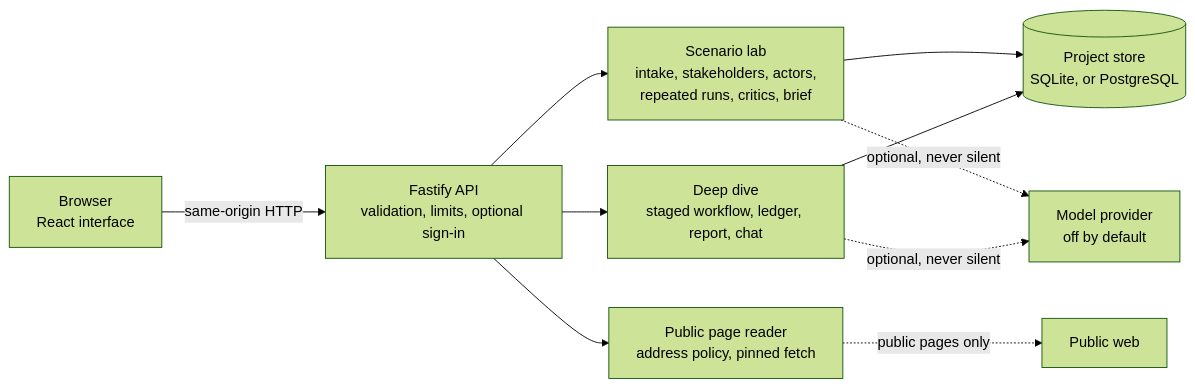
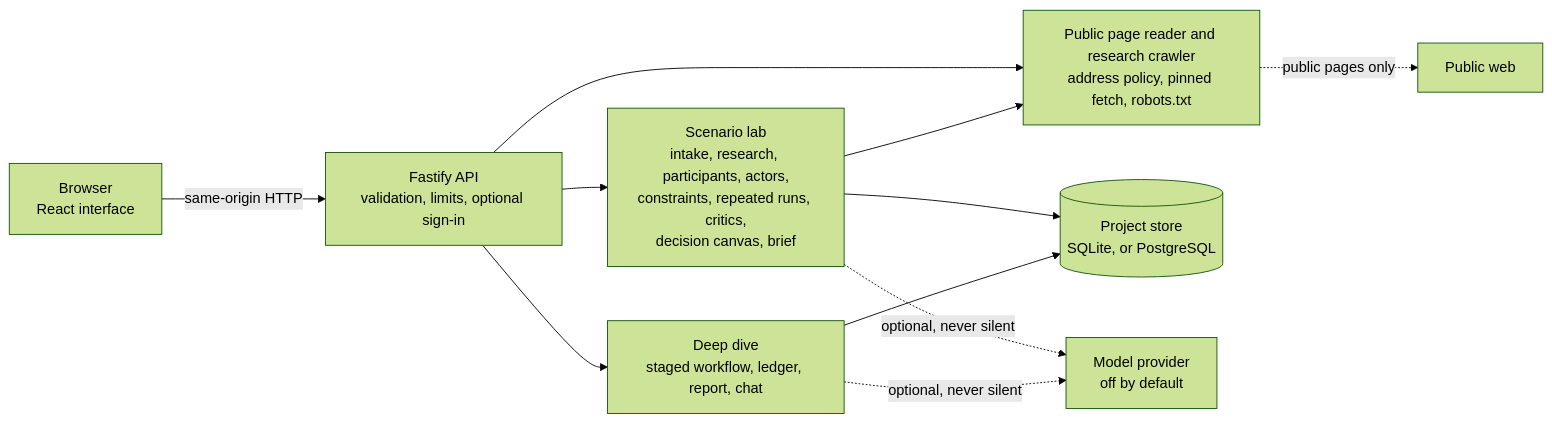
One commit to snowjug/Swarm changed the diagram in README.md. Above: the diagram before and after it, drawn with Mermaid (forest theme). The commit also changed other lines of this file and 1 other file, not shown here.

````diff
--- a/README.md
+++ b/README.md
@@ -429,21 +523,22 @@
 ```mermaid
 flowchart LR
     Browser["Browser<br/>React interface"]
     API["Fastify API<br/>validation, limits, optional sign-in"]
-    Pages["Public page reader<br/>address policy, pinned fetch"]
-    Lab["Scenario lab<br/>intake, stakeholders, actors,<br/>repeated runs, critics, brief"]
+    Pages["Public page reader and research crawler<br/>address policy, pinned fetch, robots.txt"]
+    Lab["Scenario lab<br/>intake, research, participants, actors,<br/>constraints, repeated runs, critics,<br/>decision canvas, brief"]
     Deep["Deep dive<br/>staged workflow, ledger, report, chat"]
     Store[("Project store<br/>SQLite, or PostgreSQL")]
     Model["Model provider<br/>off by default"]
     Web["Public web"]
 
     Browser -->|"same-origin HTTP"| API
     API --> Lab
     API --> Deep
     API --> Pages
+    Lab --> Pages
     Lab --> Store
     Deep --> Store
     Pages -.->|"public pages only"| Web
     Lab -.->|"optional, never silent"| Model
     Deep -.->|"optional, never silent"| Model
 ```
````
